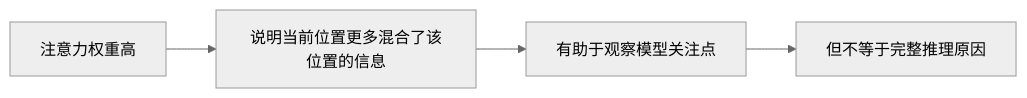
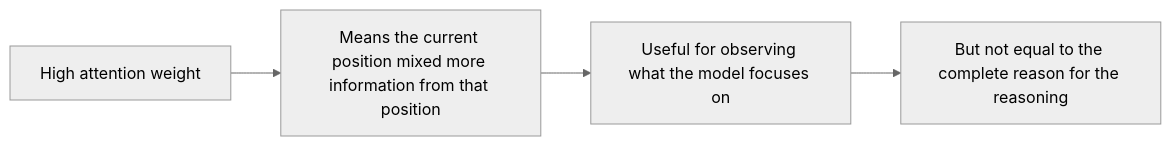
The diagram in docs/ch06-deep-learning/ch05-transformer/01-attention-mechanism.md (oudbiao/AI-fullstack-course), drawn with Mermaid (neutral theme) before and after one commit. The commit also changed other lines of this file and 1406 other files, not shown here.

````diff
--- a/docs/ch06-deep-learning/ch05-transformer/01-attention-mechanism.md
+++ b/docs/ch06-deep-learning/ch05-transformer/01-attention-mechanism.md
@@ -458,6 +458,6 @@
 ```mermaid
 flowchart LR
-    A["注意力权重高"] --> B["说明当前位置更多混合了该位置的信息"]
-    B --> C["有助于观察模型关注点"]
-    C --> D["但不等于完整推理原因"]
+    A["High attention weight"] --> B["Means the current position mixed more information from that position"]
+    B --> C["Useful for observing what the model focuses on"]
+    C --> D["But not equal to the complete reason for the reasoning"]
 ```
````
